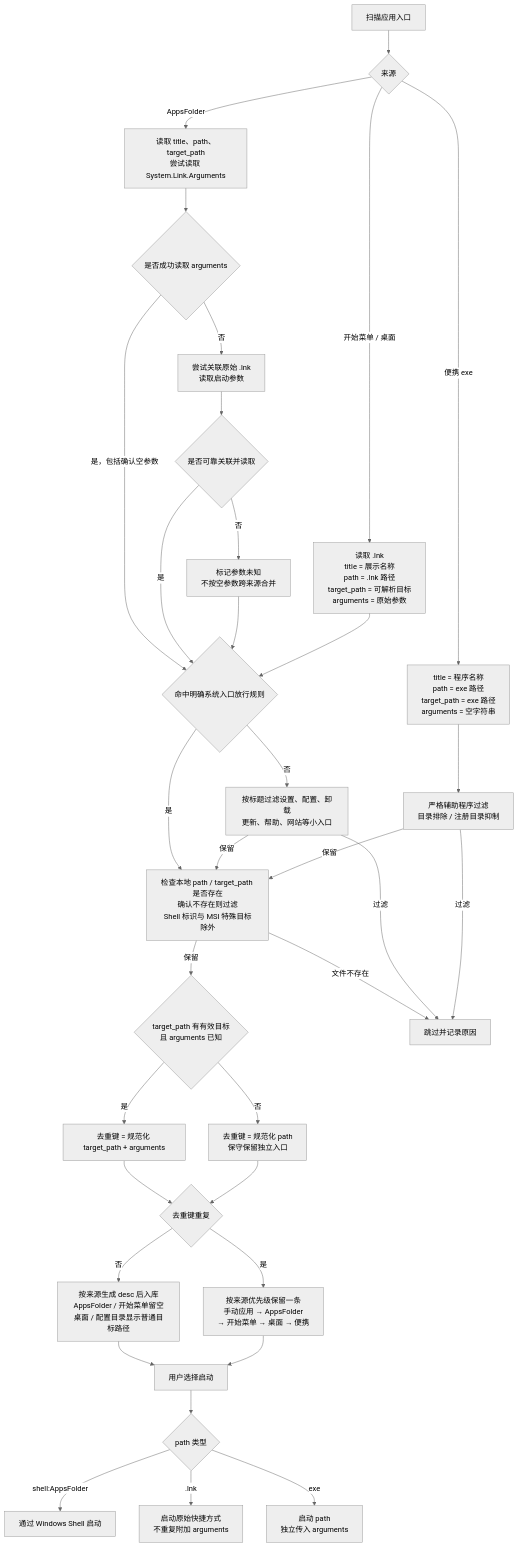
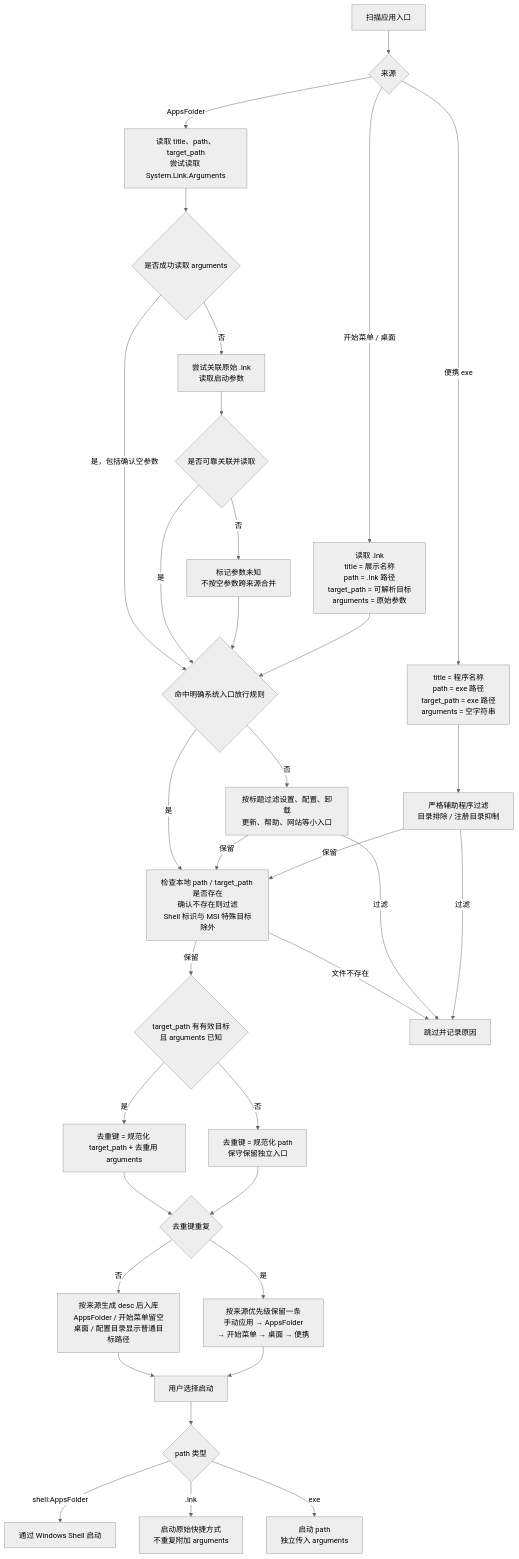
One commit to ystianxie/Lark changed the diagram in docs/应用索引扫描过滤流程.md. Above: the diagram before and after it, drawn with Mermaid (neutral theme). The commit also changed other lines of this file and 4 other files, not shown here.

````diff
--- a/docs/应用索引扫描过滤流程.md
+++ b/docs/应用索引扫描过滤流程.md
@@ -5,45 +5,45 @@
 ```mermaid
 flowchart TD
     A[扫描应用入口] --> B{来源}
 
     B -->|AppsFolder| C[读取 title、path、target_path<br/>尝试读取 System.Link.Arguments]
     C --> D{是否成功读取 arguments}
     D -->|是，包括确认空参数| H
     D -->|否| E[尝试关联原始 .lnk<br/>读取启动参数]
     E --> F{是否可靠关联并读取}
     F -->|是| H
     F -->|否| G[标记参数未知<br/>不按空参数跨来源合并]
     G --> H
 
     B -->|开始菜单 / 桌面| I[读取 .lnk<br/>title = 展示名称<br/>path = .lnk 路径<br/>target_path = 可解析目标<br/>arguments = 原始参数]
     I --> H
 
     B -->|便携 exe| J[title = 程序名称<br/>path = exe 路径<br/>target_path = exe 路径<br/>arguments = 空字符串]
     J --> K[严格辅助程序过滤<br/>目录排除 / 注册目录抑制]
 
     H{命中明确系统入口放行规则}
     H -->|是| Y
     H -->|否| M[按标题过滤设置、配置、卸载<br/>更新、帮助、网站等小入口]
     M -->|保留| Y[检查本地 path / target_path 是否存在<br/>确认不存在则过滤<br/>Shell 标识与 MSI 特殊目标除外]
     Y -->|保留| L
     Y -->|文件不存在| X
     M -->|过滤| X[跳过并记录原因]
     K -->|保留| Y
     K -->|过滤| X
 
     L{target_path 有有效目标<br/>且 arguments 已知}
-    L -->|是| N[去重键 = 规范化 target_path + arguments]
+    L -->|是| N[去重键 = 规范化 target_path + 去重用 arguments]
     L -->|否| O[去重键 = 规范化 path<br/>保守保留独立入口]
 
     N --> P{去重键重复}
     O --> P
     P -->|否| Q[按来源生成 desc 后入库<br/>AppsFolder / 开始菜单留空<br/>桌面 / 配置目录显示普通目标路径]
     P -->|是| R[按来源优先级保留一条<br/>手动应用 → AppsFolder<br/>→ 开始菜单 → 桌面 → 便携]
 
     Q --> S[用户选择启动]
     R --> S
     S --> T{path 类型}
     T -->|shell:AppsFolder| U[通过 Windows Shell 启动]
     T -->|.lnk| V[启动原始快捷方式<br/>不重复附加 arguments]
     T -->|exe| W[启动 path<br/>独立传入 arguments]
 ```
````
